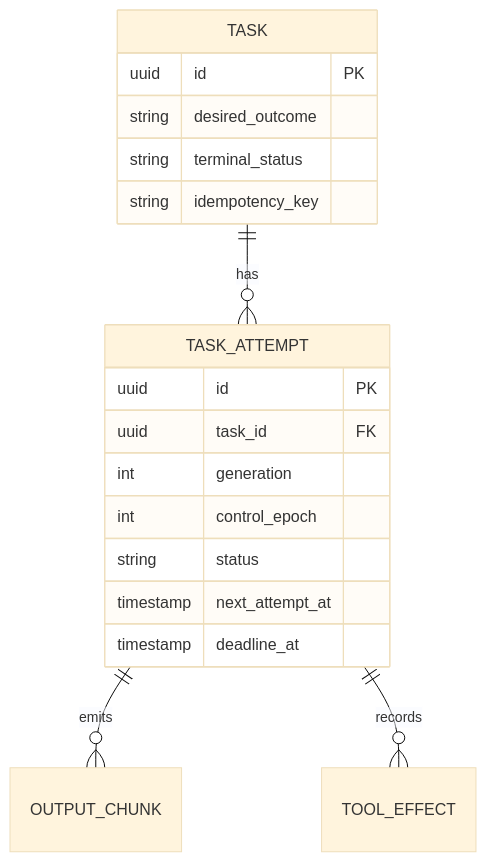
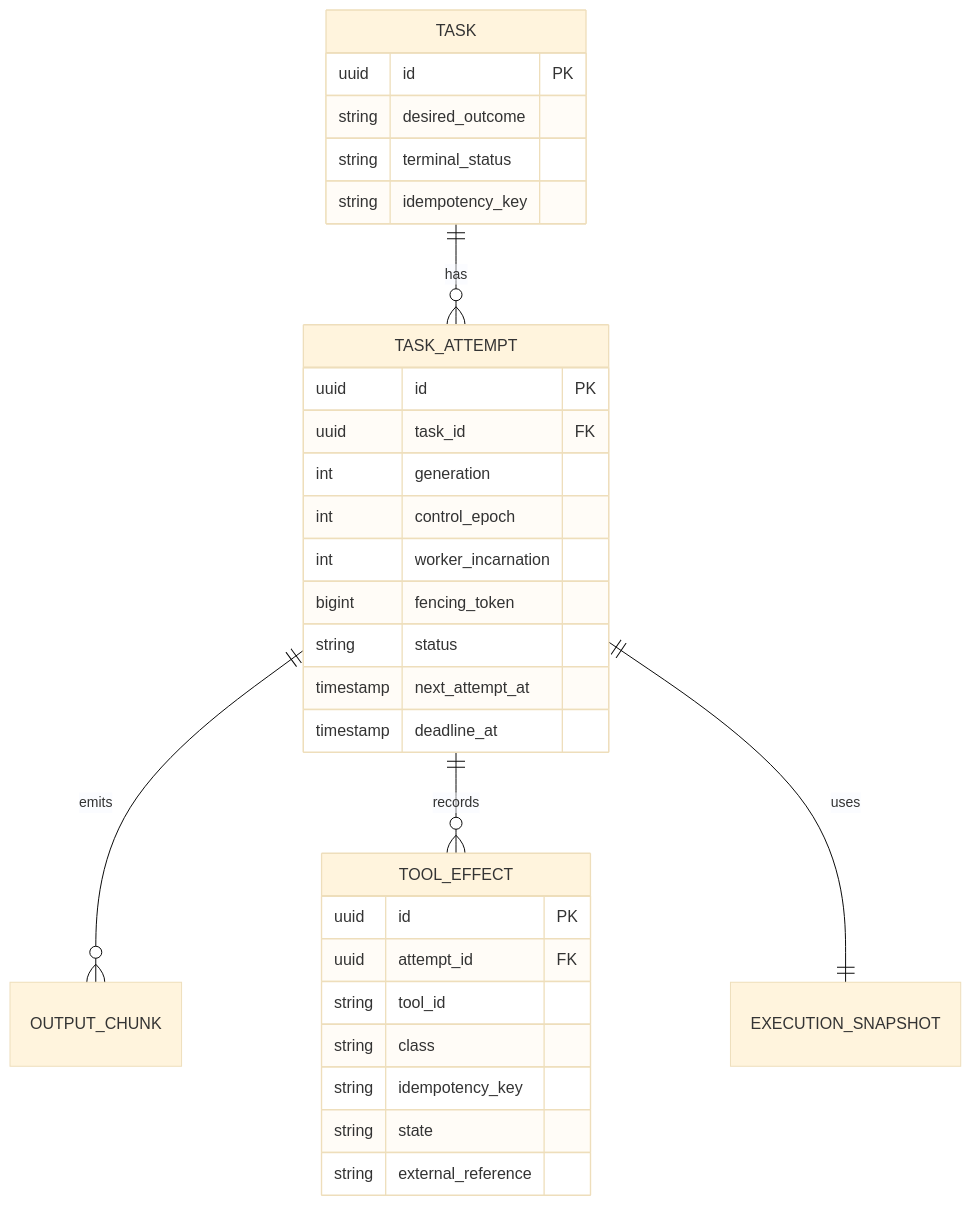
The first of 2 diagrams in docs/architecture/tasks/execution-consistency.md (yarang/grok-fleet-orchestrator), drawn with Mermaid (base theme) before and after one commit. The commit also changed other lines of this file and 41 other files, not shown here.

````diff
--- a/docs/architecture/tasks/execution-consistency.md
+++ b/docs/architecture/tasks/execution-consistency.md
@@ -17,21 +17,33 @@
 ```mermaid
 erDiagram
     TASK ||--o{ TASK_ATTEMPT : has
     TASK_ATTEMPT ||--o{ OUTPUT_CHUNK : emits
     TASK_ATTEMPT ||--o{ TOOL_EFFECT : records
+    TASK_ATTEMPT ||--|| EXECUTION_SNAPSHOT : uses
     TASK {
         uuid id PK
         string desired_outcome
         string terminal_status
         string idempotency_key
     }
     TASK_ATTEMPT {
         uuid id PK
         uuid task_id FK
         int generation
         int control_epoch
+        int worker_incarnation
+        bigint fencing_token
         string status
         timestamp next_attempt_at
         timestamp deadline_at
     }
+    TOOL_EFFECT {
+        uuid id PK
+        uuid attempt_id FK
+        string tool_id
+        string class
+        string idempotency_key
+        string state
+        string external_reference
+    }
 ```
````
